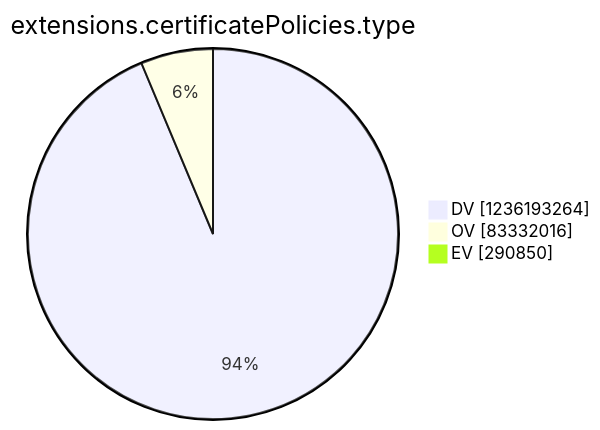
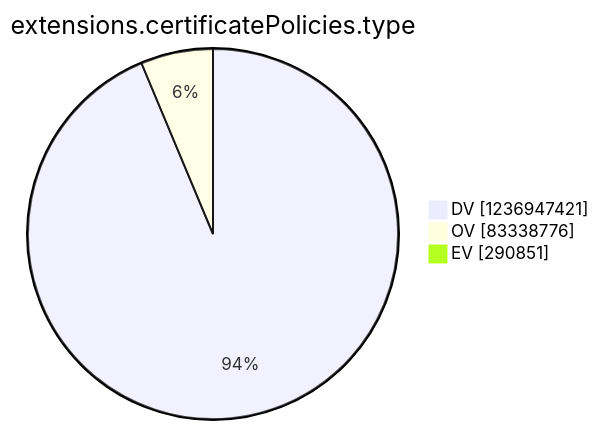
Before and after one commit to christiankrug/ctmonitor_visualization: the tenth of 15 diagrams in argon2022/README.md, drawn with Mermaid. The commit also changed other lines of this file, not shown here.

````diff
--- a/argon2022/README.md
+++ b/argon2022/README.md
@@ -2770,7 +2771,7 @@
 ```mermaid
 pie showData
 title extensions.certificatePolicies.type
-"DV" :1236193264
-"OV" :83332016
-"EV" :290850
+"DV" :1236947421
+"OV" :83338776
+"EV" :290851
 ```
````
